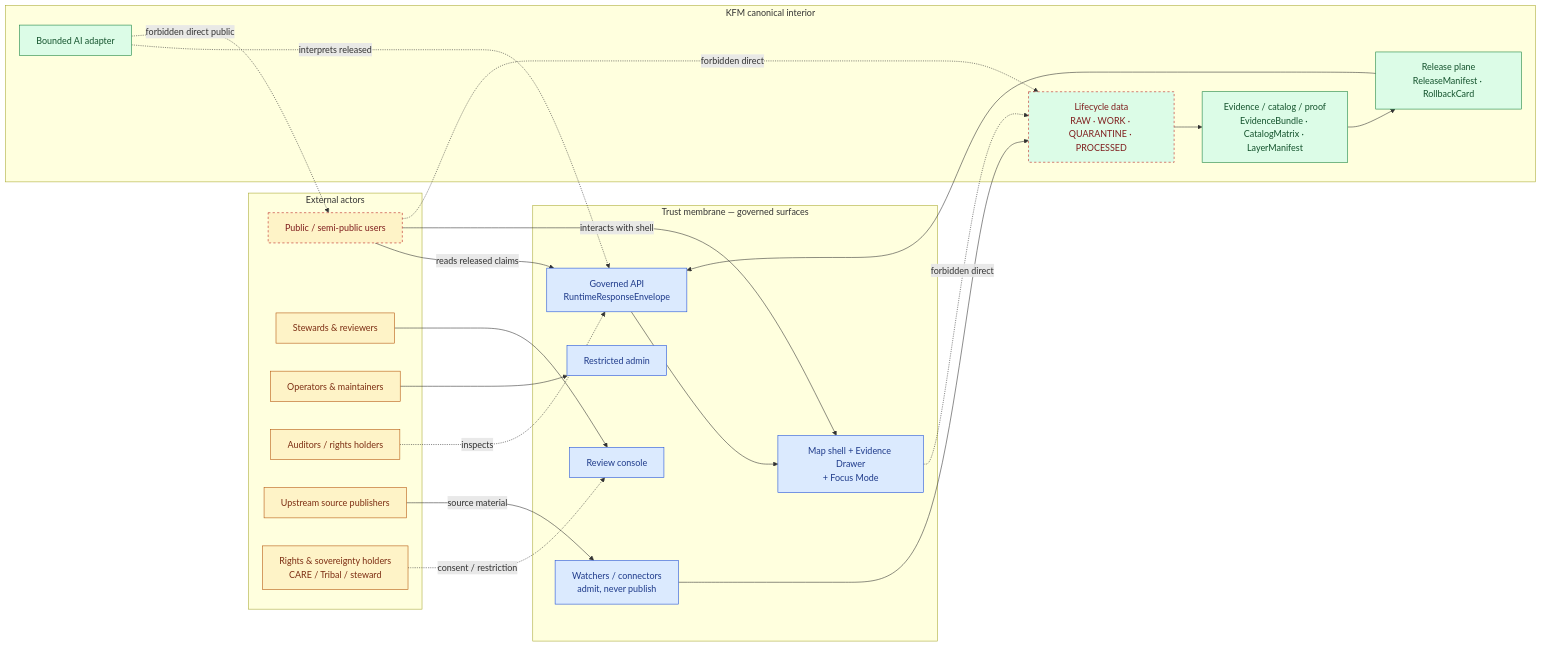
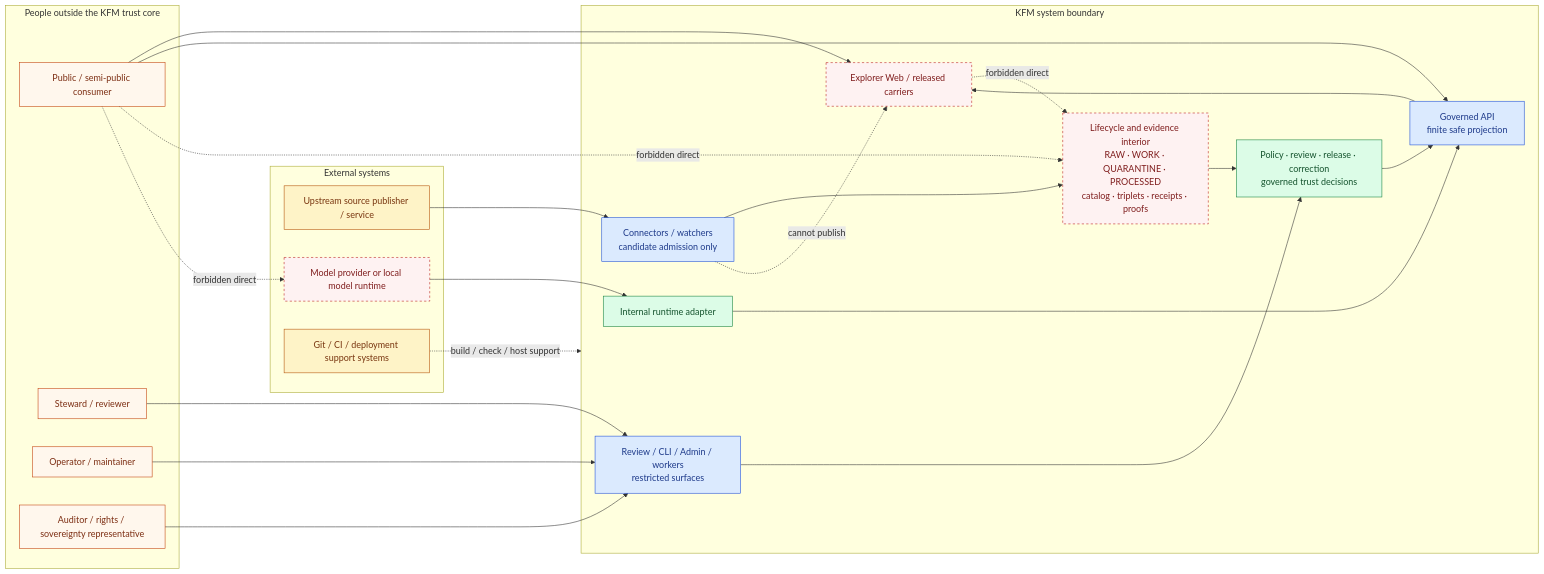
The diagram in docs/architecture/system-context.md (bartytime4life/Kansas-Frontier-Matrix), drawn with Mermaid before and after one commit. The commit also changed other lines of this file, not shown here.

Commit message:
docs(architecture): ground system context boundary

````diff
--- a/docs/architecture/system-context.md
+++ b/docs/architecture/system-context.md
@@ -147,50 +257,47 @@
 ```mermaid
 flowchart LR
-    classDef ext fill:#fef3c7,stroke:#b45309,color:#7c2d12;
+    classDef person fill:#fff7ed,stroke:#c2410c,color:#7c2d12;
+    classDef external fill:#fef3c7,stroke:#b45309,color:#78350f;
     classDef edge fill:#dbeafe,stroke:#1d4ed8,color:#1e3a8a;
-    classDef kfm fill:#dcfce7,stroke:#15803d,color:#14532d;
-    classDef forbidden stroke-dasharray: 4 4,stroke:#b91c1c,color:#7f1d1d;
+    classDef internal fill:#dcfce7,stroke:#15803d,color:#14532d;
+    classDef forbidden fill:#fef2f2,stroke:#b91c1c,color:#7f1d1d,stroke-dasharray:4 4;
 
-    subgraph EXT[External actors]
-      P[Public / semi-public users]:::ext
-      S[Stewards & reviewers]:::ext
-      O[Operators & maintainers]:::ext
-      A[Auditors / rights holders]:::ext
-      PUB[Upstream source publishers]:::ext
-      R[Rights & sovereignty holders<br/>CARE / Tribal / steward]:::ext
+    subgraph PEOPLE["People outside the KFM trust core"]
+      PUBLIC["Public / semi-public consumer"]:::person
+      REVIEWER["Steward / reviewer"]:::person
+      OPERATOR["Operator / maintainer"]:::person
+      RIGHTS["Auditor / rights / sovereignty representative"]:::person
     end
 
-    subgraph EDGE[Trust membrane — governed surfaces]
-      API[Governed API<br/>RuntimeResponseEnvelope]:::edge
-      UI[Map shell + Evidence Drawer<br/>+ Focus Mode]:::edge
-      REV[Review console]:::edge
-      ADM[Restricted admin]:::edge
-      WATCH[Watchers / connectors<br/>admit, never publish]:::edge
+    subgraph EXT["External systems"]
+      SOURCE["Upstream source publisher / service"]:::external
+      MODEL["Model provider or local model runtime"]:::external
+      PLATFORM["Git / CI / deployment support systems"]:::external
     end
 
-    subgraph KFM[KFM canonical interior]
-      LIFE[Lifecycle data<br/>RAW · WORK · QUARANTINE · PROCESSED]:::kfm
-      EV[Evidence / catalog / proof<br/>EvidenceBundle · CatalogMatrix · LayerManifest]:::kfm
-      REL[Release plane<br/>ReleaseManifest · RollbackCard]:::kfm
-      AI[Bounded AI adapter]:::kfm
+    subgraph KFM["KFM system boundary"]
+      CONNECT["Connectors / watchers<br/>candidate admission only"]:::edge
+      LIFE["Lifecycle and evidence interior<br/>RAW · WORK · QUARANTINE · PROCESSED<br/>catalog · triplets · receipts · proofs"]:::internal
+      TRUST["Policy · review · release · correction<br/>governed trust decisions"]:::internal
+      API["Governed API<br/>finite safe projection"]:::edge
+      EXPLORER["Explorer Web / released carriers"]:::edge
+      REVSURF["Review / CLI / Admin / workers<br/>restricted surfaces"]:::edge
+      RUNTIME["Internal runtime adapter"]:::internal
     end
 
-    P -->|reads released claims| API
-    P -->|interacts with shell| UI
-    S --> REV
-    O --> ADM
-    A -. inspects .-> API
-    R -. consent / restriction .-> REV
-    PUB -->|source material| WATCH
+    SOURCE --> CONNECT --> LIFE
+    LIFE --> TRUST --> API --> EXPLORER
+    PUBLIC --> EXPLORER
+    PUBLIC --> API
+    REVIEWER --> REVSURF
+    OPERATOR --> REVSURF
+    RIGHTS --> REVSURF
+    REVSURF --> TRUST
+    MODEL --> RUNTIME --> API
+    PLATFORM -. "build / check / host support" .-> KFM
 
-    WATCH --> LIFE
-    LIFE --> EV
-    EV --> REL
-    REL --> API
-    API --> UI
-    AI -. interprets released .-> API
-
-    P -.->|forbidden direct| LIFE:::forbidden
-    UI -.->|forbidden direct| LIFE:::forbidden
-    AI -.->|forbidden direct public| P:::forbidden
+    PUBLIC -. "forbidden direct" .-> LIFE:::forbidden
+    EXPLORER -. "forbidden direct" .-> LIFE:::forbidden
+    PUBLIC -. "forbidden direct" .-> MODEL:::forbidden
+    CONNECT -. "cannot publish" .-> EXPLORER:::forbidden
 ```
````
